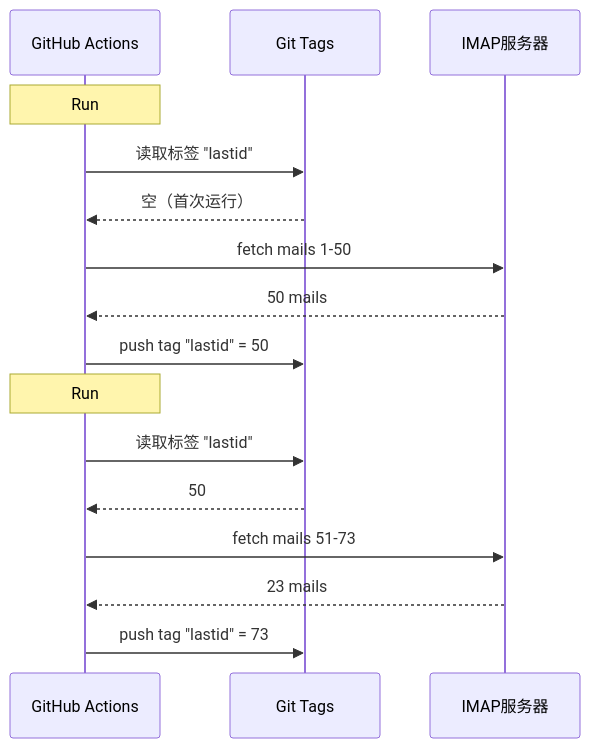
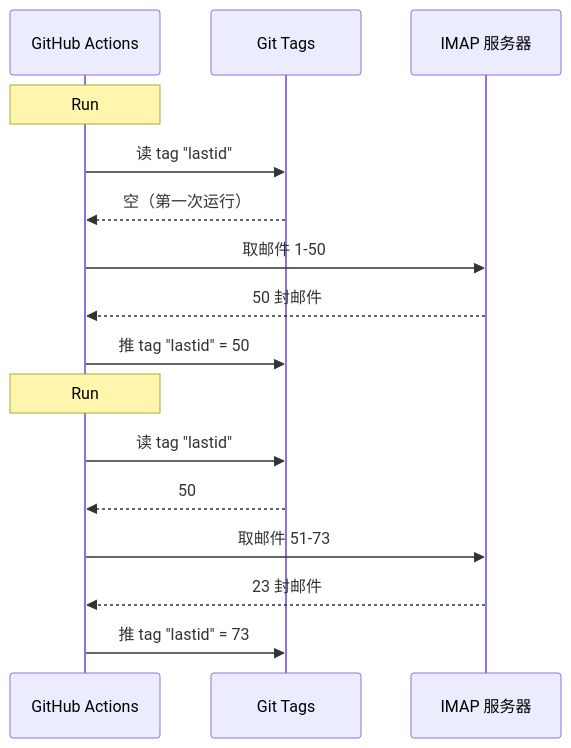
The diagram in public/articles/zh/email-autoreply.md (fox3000foxy/fox3000foxy.github.io), drawn with Mermaid before and after one commit. The commit also changed other lines of this file and 576 other files, not shown here.

````diff
--- a/public/articles/zh/email-autoreply.md
+++ b/public/articles/zh/email-autoreply.md
@@ -59,20 +59,20 @@
 ```mermaid
 sequenceDiagram
     participant GH as GitHub Actions
     participant GIT as Git Tags
-    participant IMAP as IMAP服务器
-    
+    participant IMAP as IMAP 服务器
+
     Note over GH: Run #1
-    GH->>GIT: 读取标签 "lastid"
-    GIT-->>GH: 空（首次运行）
-    GH->>IMAP: fetch mails 1-50
-    IMAP-->>GH: 50 mails
-    GH->>GIT: push tag "lastid" = 50
-    
+    GH->>GIT: 读 tag "lastid"
+    GIT-->>GH: 空（第一次运行）
+    GH->>IMAP: 取邮件 1-50
+    IMAP-->>GH: 50 封邮件
+    GH->>GIT: 推 tag "lastid" = 50
+
     Note over GH: Run #2
-    GH->>GIT: 读取标签 "lastid"
+    GH->>GIT: 读 tag "lastid"
     GIT-->>GH: 50
-    GH->>IMAP: fetch mails 51-73
-    IMAP-->>GH: 23 mails
-    GH->>GIT: push tag "lastid" = 73
+    GH->>IMAP: 取邮件 51-73
+    IMAP-->>GH: 23 封邮件
+    GH->>GIT: 推 tag "lastid" = 73
 ```
````
